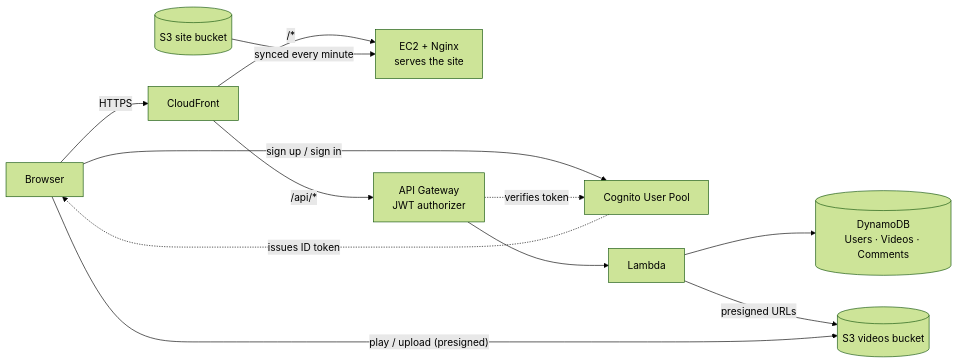
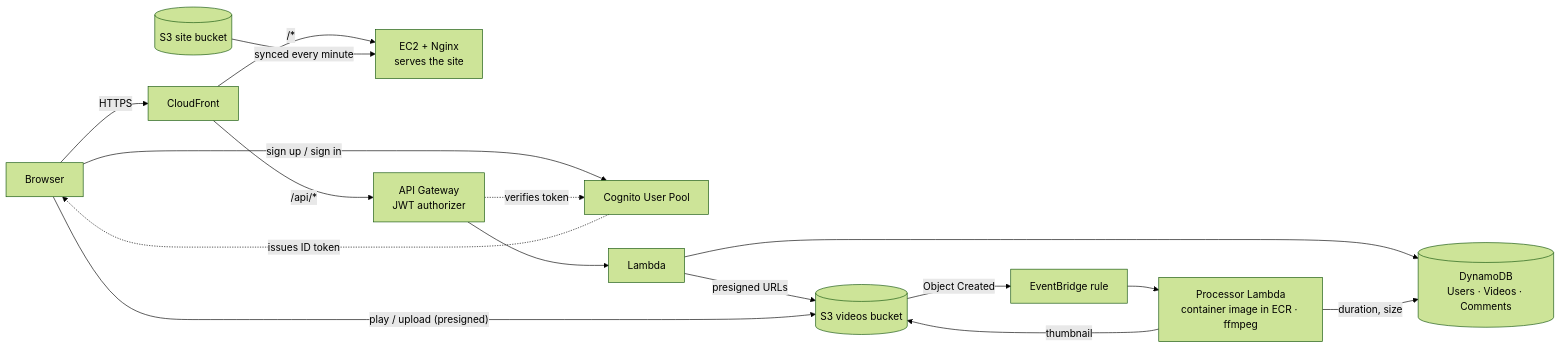
Before and after one commit to davidjguan/cloud-video-platform: the diagram in README.md, drawn with Mermaid (forest theme). The commit also changed other lines of this file and 20 other files, not shown here.

First line of the commit message:
Add automatic video thumbnails (EventBridge + ECR processor)

````diff
--- a/README.md
+++ b/README.md
@@ -20,14 +21,18 @@
 ```mermaid
 flowchart LR
   U[Browser] -- HTTPS --> CF[CloudFront]
   U -- sign up / sign in --> COG[Cognito User Pool]
   CF -- "/*" --> EC2[EC2 + Nginx<br/>serves the site]
   CF -- "/api/*" --> APIGW[API Gateway<br/>JWT authorizer]
   COG -. issues ID token .-> U
   APIGW -. verifies token .-> COG
   APIGW --> L[Lambda]
   L --> DDB[(DynamoDB<br/>Users · Videos · Comments)]
   L -- presigned URLs --> S3[(S3 videos bucket)]
   U -- "play / upload (presigned)" --> S3
   SITE[(S3 site bucket)] -- synced every minute --> EC2
+  S3 -- "Object Created" --> EB[EventBridge rule]
+  EB --> P[Processor Lambda<br/>container image in ECR · ffmpeg]
+  P -- thumbnail --> S3
+  P -- duration, size --> DDB
 ```
````
